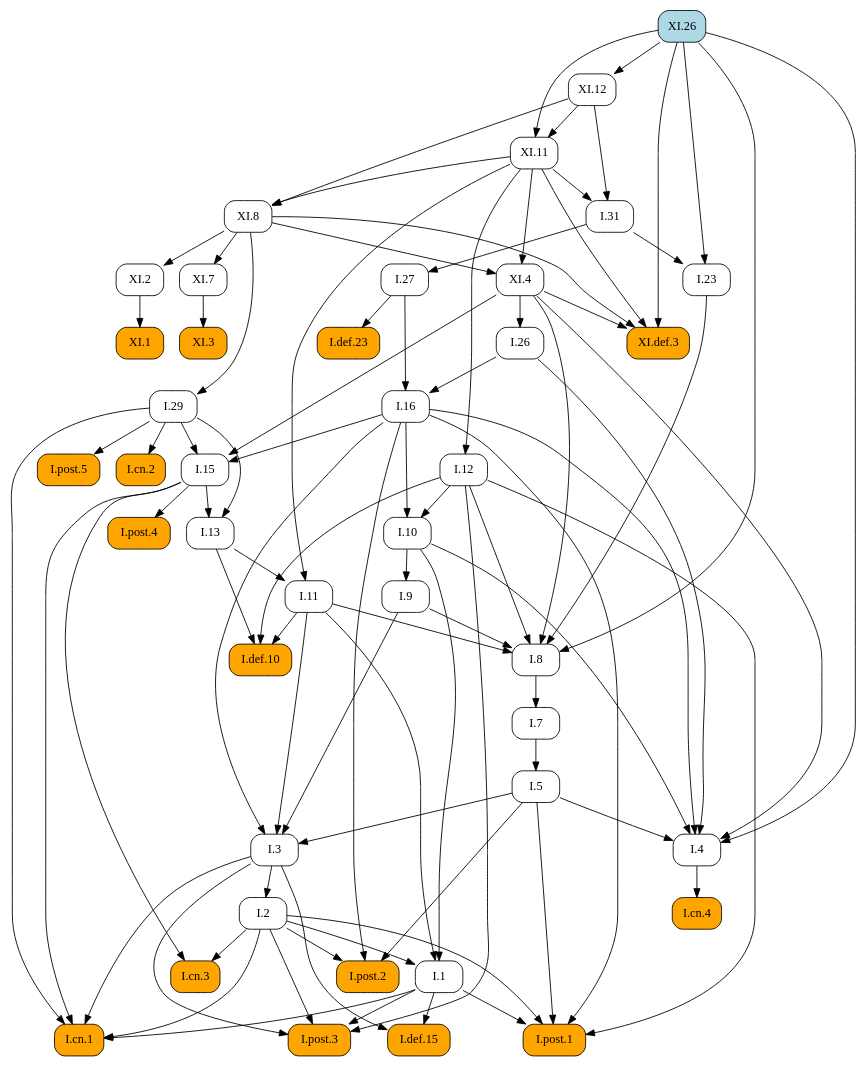
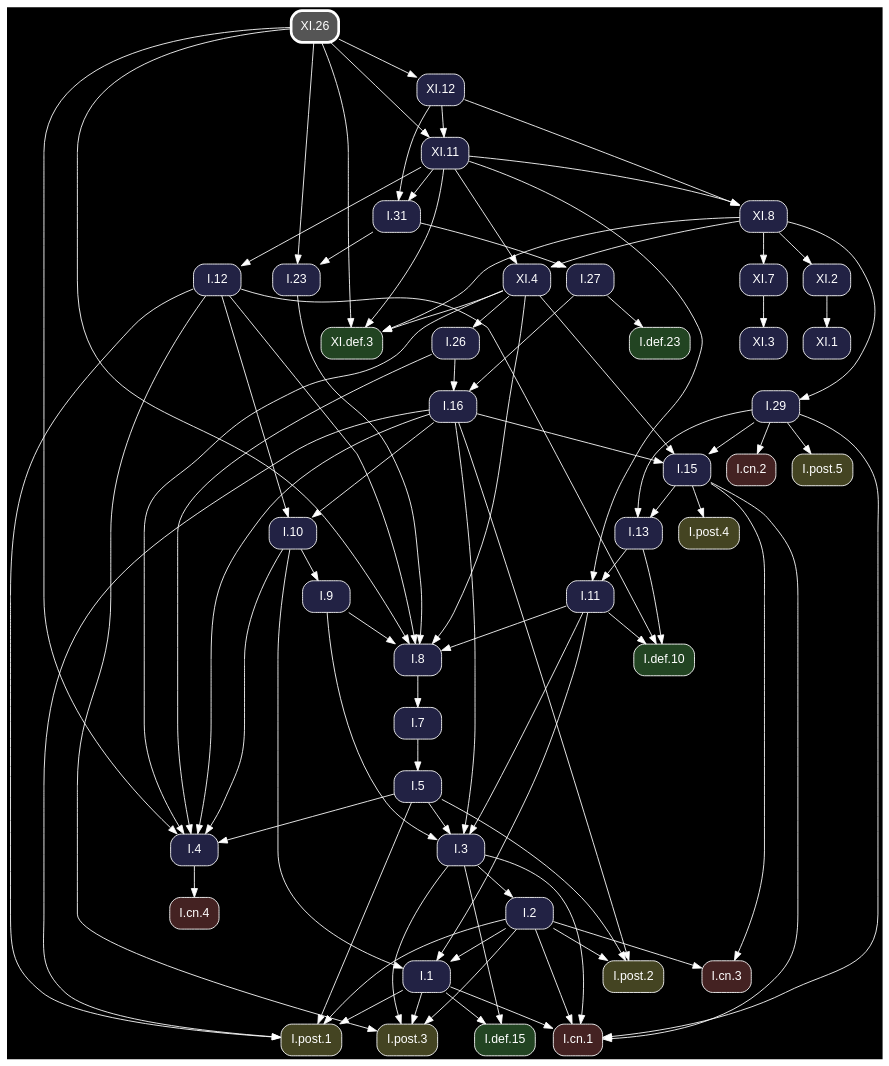
The diagram in docsrc/heath/XI/26/index.rst (geometor/elements), drawn with Graphviz before and after one commit. The commit also changed other lines of this file and 1200 other files, not shown here.

Commit message:
update dependency graphs

```diff
--- a/docsrc/heath/XI/26/index.rst
+++ b/docsrc/heath/XI/26/index.rst
@@ -50,133 +50,135 @@
 .. graphviz::
 
    digraph {
+     bgcolor="black";
+     node [shape=box, style="rounded,filled", fontname="Helvetica", color="white", fontcolor="white"];
+     edge [color="white", fontcolor="white"];
      rankdir="TB";
-     node [shape=box, style=rounded];
-     "I.23" [URL="/heath/I/23/", target="_top"];
-     "I.9" [URL="/heath/I/9/", target="_top"];
-     "XI.4" [URL="/heath/XI/4/", target="_top"];
-     "I.def.15" [style="rounded,filled", fillcolor=orange, URL="/heath/I/def.15/", target="_top"];
-     "XI.8" [URL="/heath/XI/8/", target="_top"];
-     "I.post.3" [style="rounded,filled", fillcolor=orange, URL="/heath/I/post.3/", target="_top"];
-     "I.post.1" [style="rounded,filled", fillcolor=orange, URL="/heath/I/post.1/", target="_top"];
-     "XI.3" [style="rounded,filled", fillcolor=orange, URL="/heath/XI/3/", target="_top"];
-     "I.31" [URL="/heath/I/31/", target="_top"];
-     "I.def.10" [style="rounded,filled", fillcolor=orange, URL="/heath/I/def.10/", target="_top"];
-     "XI.12" [URL="/heath/XI/12/", target="_top"];
-     "XI.def.3" [style="rounded,filled", fillcolor=orange, URL="/heath/XI/def.3/", target="_top"];
-     "I.27" [URL="/heath/I/27/", target="_top"];
-     "XI.2" [URL="/heath/XI/2/", target="_top"];
-     "XI.7" [URL="/heath/XI/7/", target="_top"];
-     "I.3" [URL="/heath/I/3/", target="_top"];
-     "I.cn.1" [style="rounded,filled", fillcolor=orange, URL="/heath/I/cn.1/", target="_top"];
-     "I.7" [URL="/heath/I/7/", target="_top"];
-     "I.2" [URL="/heath/I/2/", target="_top"];
-     "I.13" [URL="/heath/I/13/", target="_top"];
-     "I.post.4" [style="rounded,filled", fillcolor=orange, URL="/heath/I/post.4/", target="_top"];
-     "I.4" [URL="/heath/I/4/", target="_top"];
-     "XI.26" [style="rounded,filled", fillcolor=lightblue, URL="/heath/XI/26/", target="_top"];
-     "I.1" [URL="/heath/I/1/", target="_top"];
-     "I.5" [URL="/heath/I/5/", target="_top"];
-     "I.8" [URL="/heath/I/8/", target="_top"];
-     "I.29" [URL="/heath/I/29/", target="_top"];
-     "I.cn.3" [style="rounded,filled", fillcolor=orange, URL="/heath/I/cn.3/", target="_top"];
-     "I.16" [URL="/heath/I/16/", target="_top"];
-     "I.15" [URL="/heath/I/15/", target="_top"];
-     "I.10" [URL="/heath/I/10/", target="_top"];
-     "I.11" [URL="/heath/I/11/", target="_top"];
-     "I.def.23" [style="rounded,filled", fillcolor=orange, URL="/heath/I/def.23/", target="_top"];
-     "I.cn.2" [style="rounded,filled", fillcolor=orange, URL="/heath/I/cn.2/", target="_top"];
-     "I.post.5" [style="rounded,filled", fillcolor=orange, URL="/heath/I/post.5/", target="_top"];
-     "I.12" [URL="/heath/I/12/", target="_top"];
-     "I.cn.4" [style="rounded,filled", fillcolor=orange, URL="/heath/I/cn.4/", target="_top"];
-     "XI.1" [style="rounded,filled", fillcolor=orange, URL="/heath/XI/1/", target="_top"];
-     "I.post.2" [style="rounded,filled", fillcolor=orange, URL="/heath/I/post.2/", target="_top"];
-     "XI.11" [URL="/heath/XI/11/", target="_top"];
-     "I.26" [URL="/heath/I/26/", target="_top"];
-     "I.31" -> "I.23";
-     "XI.26" -> "I.23";
-     "I.10" -> "I.9";
-     "XI.8" -> "XI.4";
-     "XI.11" -> "XI.4";
-     "I.1" -> "I.def.15";
-     "I.3" -> "I.def.15";
+     "I.12" [fillcolor="#222244", URL="/heath/I/12/", target="_top"];
+     "I.31" [fillcolor="#222244", URL="/heath/I/31/", target="_top"];
+     "XI.8" [fillcolor="#222244", URL="/heath/XI/8/", target="_top"];
+     "I.3" [fillcolor="#222244", URL="/heath/I/3/", target="_top"];
+     "XI.7" [fillcolor="#222244", URL="/heath/XI/7/", target="_top"];
+     "I.cn.1" [fillcolor="#442222", URL="/heath/I/cn.1/", target="_top"];
+     "XI.def.3" [fillcolor="#224422", URL="/heath/XI/def.3/", target="_top"];
+     "I.def.10" [fillcolor="#224422", URL="/heath/I/def.10/", target="_top"];
+     "I.15" [fillcolor="#222244", URL="/heath/I/15/", target="_top"];
+     "I.13" [fillcolor="#222244", URL="/heath/I/13/", target="_top"];
+     "I.27" [fillcolor="#222244", URL="/heath/I/27/", target="_top"];
+     "I.2" [fillcolor="#222244", URL="/heath/I/2/", target="_top"];
+     "XI.3" [fillcolor="#222244", URL="/heath/XI/3/", target="_top"];
+     "I.cn.2" [fillcolor="#442222", URL="/heath/I/cn.2/", target="_top"];
+     "XI.1" [fillcolor="#222244", URL="/heath/XI/1/", target="_top"];
+     "I.9" [fillcolor="#222244", URL="/heath/I/9/", target="_top"];
+     "XI.11" [fillcolor="#222244", URL="/heath/XI/11/", target="_top"];
+     "I.1" [fillcolor="#222244", URL="/heath/I/1/", target="_top"];
+     "I.post.5" [fillcolor="#444422", URL="/heath/I/post.5/", target="_top"];
+     "I.post.4" [fillcolor="#444422", URL="/heath/I/post.4/", target="_top"];
+     "I.23" [fillcolor="#222244", URL="/heath/I/23/", target="_top"];
+     "I.26" [fillcolor="#222244", URL="/heath/I/26/", target="_top"];
+     "I.8" [fillcolor="#222244", URL="/heath/I/8/", target="_top"];
+     "I.4" [fillcolor="#222244", URL="/heath/I/4/", target="_top"];
+     "I.7" [fillcolor="#222244", URL="/heath/I/7/", target="_top"];
+     "I.5" [fillcolor="#222244", URL="/heath/I/5/", target="_top"];
+     "I.10" [fillcolor="#222244", URL="/heath/I/10/", target="_top"];
+     "I.post.1" [fillcolor="#444422", URL="/heath/I/post.1/", target="_top"];
+     "I.11" [fillcolor="#222244", URL="/heath/I/11/", target="_top"];
+     "XI.26" [penwidth=3, color="white", fillcolor="#555555", URL="/heath/XI/26/", target="_top"];
+     "I.16" [fillcolor="#222244", URL="/heath/I/16/", target="_top"];
+     "I.cn.3" [fillcolor="#442222", URL="/heath/I/cn.3/", target="_top"];
+     "I.29" [fillcolor="#222244", URL="/heath/I/29/", target="_top"];
+     "I.post.2" [fillcolor="#444422", URL="/heath/I/post.2/", target="_top"];
+     "I.cn.4" [fillcolor="#442222", URL="/heath/I/cn.4/", target="_top"];
+     "I.def.23" [fillcolor="#224422", URL="/heath/I/def.23/", target="_top"];
+     "XI.12" [fillcolor="#222244", URL="/heath/XI/12/", target="_top"];
+     "I.post.3" [fillcolor="#444422", URL="/heath/I/post.3/", target="_top"];
+     "I.def.15" [fillcolor="#224422", URL="/heath/I/def.15/", target="_top"];
+     "XI.4" [fillcolor="#222244", URL="/heath/XI/4/", target="_top"];
+     "XI.2" [fillcolor="#222244", URL="/heath/XI/2/", target="_top"];
+     "XI.11" -> "I.12";
+     "XI.11" -> "I.31";
+     "XI.12" -> "I.31";
      "XI.11" -> "XI.8";
      "XI.12" -> "XI.8";
-     "I.1" -> "I.post.3";
-     "I.2" -> "I.post.3";
-     "I.3" -> "I.post.3";
-     "I.12" -> "I.post.3";
-     "I.1" -> "I.post.1";
-     "I.2" -> "I.post.1";
-     "I.5" -> "I.post.1";
-     "I.12" -> "I.post.1";
-     "I.16" -> "I.post.1";
-     "XI.7" -> "XI.3";
-     "XI.11" -> "I.31";
-     "XI.12" -> "I.31";
-     "I.11" -> "I.def.10";
-     "I.12" -> "I.def.10";
-     "I.13" -> "I.def.10";
-     "XI.26" -> "XI.12";
-     "XI.4" -> "XI.def.3";
-     "XI.8" -> "XI.def.3";
-     "XI.11" -> "XI.def.3";
-     "XI.26" -> "XI.def.3";
-     "I.31" -> "I.27";
-     "XI.8" -> "XI.2";
-     "XI.8" -> "XI.7";
      "I.5" -> "I.3";
      "I.9" -> "I.3";
      "I.11" -> "I.3";
      "I.16" -> "I.3";
+     "XI.8" -> "XI.7";
      "I.1" -> "I.cn.1";
      "I.2" -> "I.cn.1";
      "I.3" -> "I.cn.1";
      "I.15" -> "I.cn.1";
      "I.29" -> "I.cn.1";
-     "I.8" -> "I.7";
-     "I.3" -> "I.2";
+     "XI.4" -> "XI.def.3";
+     "XI.8" -> "XI.def.3";
+     "XI.11" -> "XI.def.3";
+     "XI.26" -> "XI.def.3";
+     "I.11" -> "I.def.10";
+     "I.12" -> "I.def.10";
+     "I.13" -> "I.def.10";
+     "I.16" -> "I.15";
+     "I.29" -> "I.15";
+     "XI.4" -> "I.15";
      "I.15" -> "I.13";
      "I.29" -> "I.13";
+     "I.31" -> "I.27";
+     "I.3" -> "I.2";
+     "XI.7" -> "XI.3";
+     "I.29" -> "I.cn.2";
+     "XI.2" -> "XI.1";
+     "I.10" -> "I.9";
+     "XI.12" -> "XI.11";
+     "XI.26" -> "XI.11";
+     "I.2" -> "I.1";
+     "I.10" -> "I.1";
+     "I.11" -> "I.1";
+     "I.29" -> "I.post.5";
      "I.15" -> "I.post.4";
+     "I.31" -> "I.23";
+     "XI.26" -> "I.23";
+     "XI.4" -> "I.26";
+     "I.9" -> "I.8";
+     "I.11" -> "I.8";
+     "I.12" -> "I.8";
+     "I.23" -> "I.8";
+     "XI.4" -> "I.8";
+     "XI.26" -> "I.8";
      "I.5" -> "I.4";
      "I.10" -> "I.4";
      "I.16" -> "I.4";
      "I.26" -> "I.4";
      "XI.4" -> "I.4";
      "XI.26" -> "I.4";
-     "I.2" -> "I.1";
-     "I.10" -> "I.1";
-     "I.11" -> "I.1";
+     "I.8" -> "I.7";
      "I.7" -> "I.5";
-     "I.9" -> "I.8";
-     "I.11" -> "I.8";
-     "I.12" -> "I.8";
-     "I.23" -> "I.8";
-     "XI.4" -> "I.8";
-     "XI.26" -> "I.8";
-     "XI.8" -> "I.29";
+     "I.12" -> "I.10";
+     "I.16" -> "I.10";
+     "I.1" -> "I.post.1";
+     "I.2" -> "I.post.1";
+     "I.5" -> "I.post.1";
+     "I.12" -> "I.post.1";
+     "I.16" -> "I.post.1";
+     "I.13" -> "I.11";
+     "XI.11" -> "I.11";
+     "I.26" -> "I.16";
+     "I.27" -> "I.16";
      "I.2" -> "I.cn.3";
      "I.15" -> "I.cn.3";
-     "I.26" -> "I.16";
-     "I.27" -> "I.16";
-     "I.16" -> "I.15";
-     "I.29" -> "I.15";
-     "XI.4" -> "I.15";
-     "I.12" -> "I.10";
-     "I.16" -> "I.10";
-     "I.13" -> "I.11";
-     "XI.11" -> "I.11";
-     "I.27" -> "I.def.23";
-     "I.29" -> "I.cn.2";
-     "I.29" -> "I.post.5";
-     "XI.11" -> "I.12";
-     "I.4" -> "I.cn.4";
-     "XI.2" -> "XI.1";
+     "XI.8" -> "I.29";
      "I.2" -> "I.post.2";
      "I.5" -> "I.post.2";
      "I.16" -> "I.post.2";
-     "XI.12" -> "XI.11";
-     "XI.26" -> "XI.11";
-     "XI.4" -> "I.26";
+     "I.4" -> "I.cn.4";
+     "I.27" -> "I.def.23";
+     "XI.26" -> "XI.12";
+     "I.1" -> "I.post.3";
+     "I.2" -> "I.post.3";
+     "I.3" -> "I.post.3";
+     "I.12" -> "I.post.3";
+     "I.1" -> "I.def.15";
+     "I.3" -> "I.def.15";
+     "XI.8" -> "XI.4";
+     "XI.11" -> "XI.4";
+     "XI.8" -> "XI.2";
    }
```
